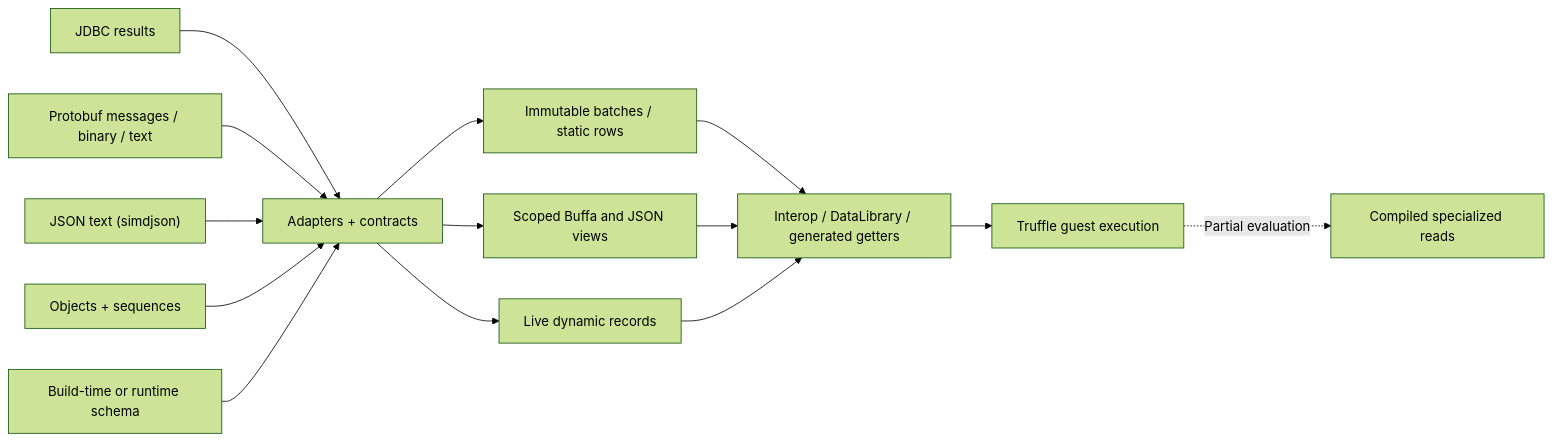
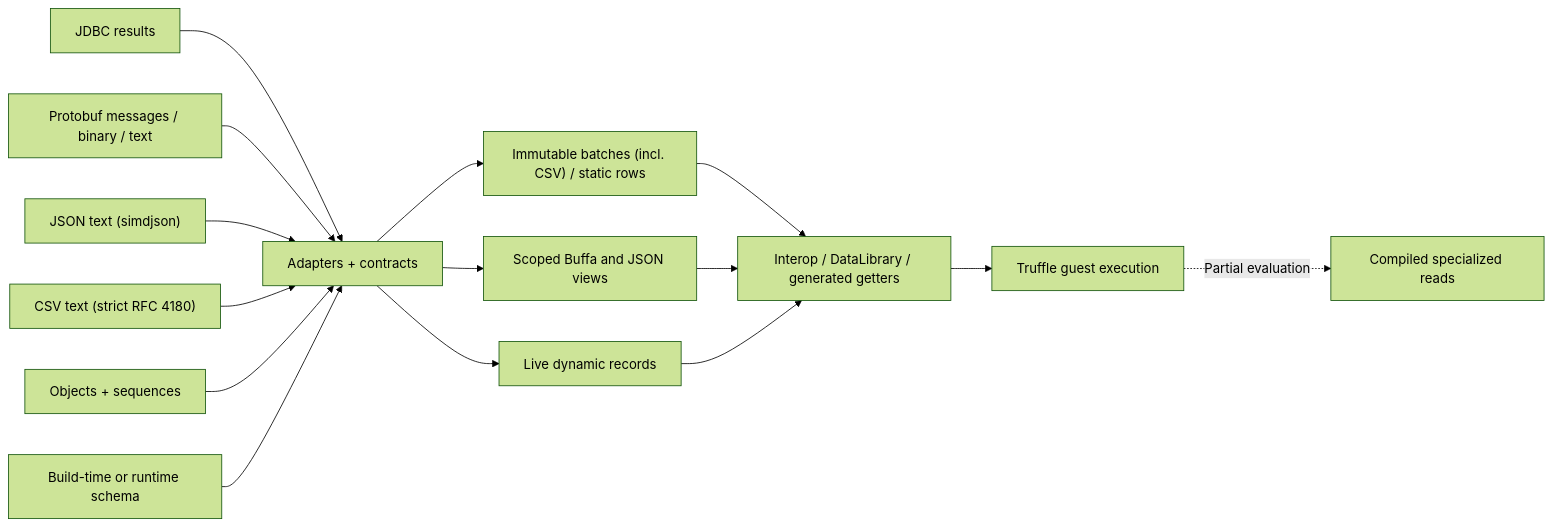
The diagram in README.md (elide-dev/truffledata), drawn with Mermaid (forest theme) before and after one commit. The commit also changed other lines of this file and 8 other files, not shown here.

````diff
--- a/README.md
+++ b/README.md
@@ -35,16 +35,17 @@
 ```mermaid
 flowchart LR
     JDBC["JDBC results"] --> Adapt["Adapters + contracts"]
     Proto["Protobuf messages / binary / text"] --> Adapt
     Json["JSON text (simdjson)"] --> Adapt
+    Csv["CSV text (strict RFC 4180)"] --> Adapt
     Objects["Objects + sequences"] --> Adapt
     Schema["Build-time or runtime schema"] --> Adapt
-    Adapt --> Owned["Immutable batches / static rows"]
+    Adapt --> Owned["Immutable batches (incl. CSV) / static rows"]
     Adapt --> Borrowed["Scoped Buffa and JSON views"]
     Adapt --> Dynamic["Live dynamic records"]
     Owned --> Access["Interop / DataLibrary / generated getters"]
     Borrowed --> Access
     Dynamic --> Access
     Access --> Guest["Truffle guest execution"]
     Guest -. "Partial evaluation" .-> Code["Compiled specialized reads"]
 ```
````
